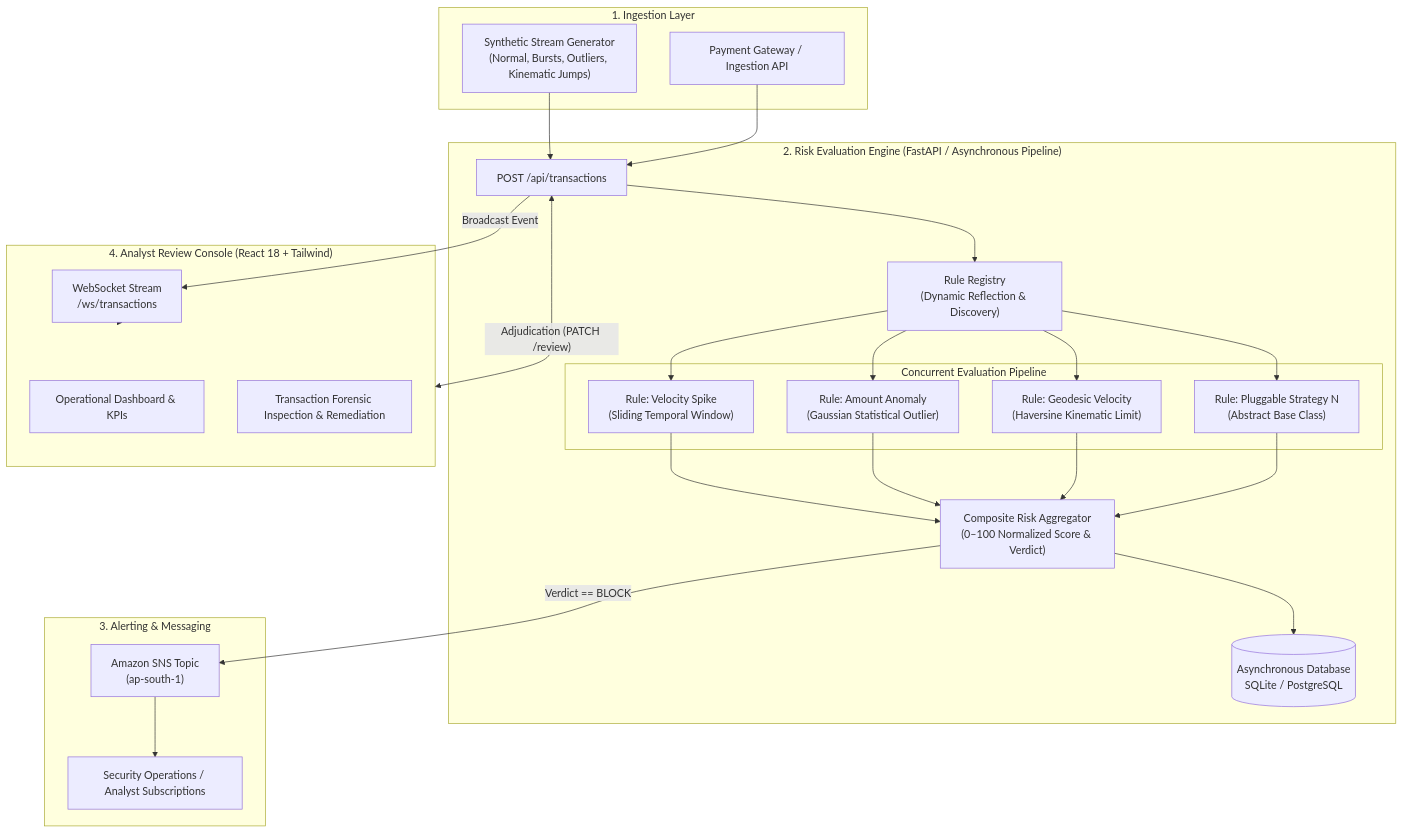
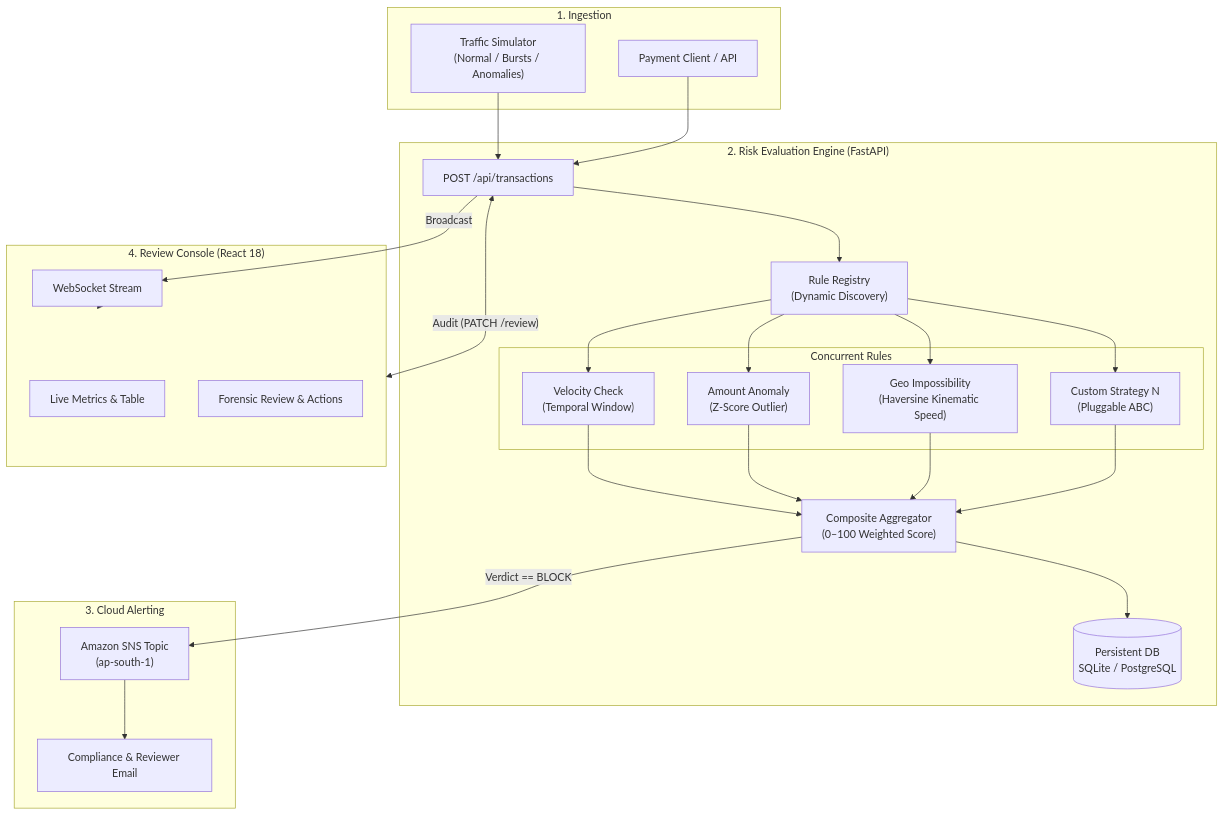
One commit to Kabe-Innovates/oculus changed the diagram in README.md. Above: the diagram before and after it, drawn with Mermaid. The commit also changed other lines of this file, not shown here.

````diff
--- a/README.md
+++ b/README.md
@@ -32,44 +46,44 @@
 ```mermaid
 flowchart TB
-    subgraph Ingestion["1. Ingestion Layer"]
-        SIM["Synthetic Stream Generator<br/>(Normal, Bursts, Outliers, Kinematic Jumps)"]
-        GATEWAY["Payment Gateway / Ingestion API"]
+    subgraph Ingestion["1. Ingestion"]
+        SIM["Traffic Simulator<br/>(Normal / Bursts / Anomalies)"]
+        CLIENT["Payment Client / API"]
     end
 
-    subgraph CoreEngine["2. Risk Evaluation Engine (FastAPI / Asynchronous Pipeline)"]
-        INGEST["POST /api/transactions"]
-        REGISTRY["Rule Registry<br/>(Dynamic Reflection & Discovery)"]
+    subgraph CoreEngine["2. Risk Evaluation Engine (FastAPI)"]
+        ROUTER["POST /api/transactions"]
+        REGISTRY["Rule Registry<br/>(Dynamic Discovery)"]
         
-        subgraph Rules["Concurrent Evaluation Pipeline"]
-            R1["Rule: Velocity Spike<br/>(Sliding Temporal Window)"]
-            R2["Rule: Amount Anomaly<br/>(Gaussian Statistical Outlier)"]
-            R3["Rule: Geodesic Velocity<br/>(Haversine Kinematic Limit)"]
-            RN["Rule: Pluggable Strategy N<br/>(Abstract Base Class)"]
+        subgraph Rules["Concurrent Rules"]
+            R1["Velocity Check<br/>(Temporal Window)"]
+            R2["Amount Anomaly<br/>(Z-Score Outlier)"]
+            R3["Geo Impossibility<br/>(Haversine Kinematic Speed)"]
+            RN["Custom Strategy N<br/>(Pluggable ABC)"]
         end
         
-        AGGREGATOR["Composite Risk Aggregator<br/>(0–100 Normalized Score & Verdict)"]
-        STORAGE[(Asynchronous Database<br/>SQLite / PostgreSQL)]
+        AGGREGATOR["Composite Aggregator<br/>(0–100 Weighted Score)"]
+        DB[(Persistent DB<br/>SQLite / PostgreSQL)]
     end
 
-    subgraph Notification["3. Alerting & Messaging"]
+    subgraph Alerts["3. Cloud Alerting"]
         SNS["Amazon SNS Topic<br/>(ap-south-1)"]
-        OPS["Security Operations / Analyst Subscriptions"]
+        MAIL["Compliance & Reviewer Email"]
     end
 
-    subgraph Console["4. Analyst Review Console (React 18 + Tailwind)"]
-        WS["WebSocket Stream<br/>/ws/transactions"]
-        DASH["Operational Dashboard & KPIs"]
-        AUDIT["Transaction Forensic Inspection & Remediation"]
+    subgraph Console["4. Review Console (React 18)"]
+        WS["WebSocket Stream"]
+        DASH["Live Metrics & Table"]
+        AUDIT["Forensic Review & Actions"]
     end
 
-    SIM & GATEWAY --> INGEST
-    INGEST --> REGISTRY
+    SIM & CLIENT --> ROUTER
+    ROUTER --> REGISTRY
     REGISTRY --> R1 & R2 & R3 & RN
     R1 & R2 & R3 & RN --> AGGREGATOR
-    AGGREGATOR --> STORAGE
+    AGGREGATOR --> DB
     AGGREGATOR -->|"Verdict == BLOCK"| SNS
-    SNS --> OPS
-    INGEST -->|"Broadcast Event"| WS
+    SNS --> MAIL
+    ROUTER -->|"Broadcast"| WS
     WS --> Console
-    Console <-->|"Adjudication (PATCH /review)"| INGEST
+    Console <-->|"Audit (PATCH /review)"| ROUTER
 ```
````
